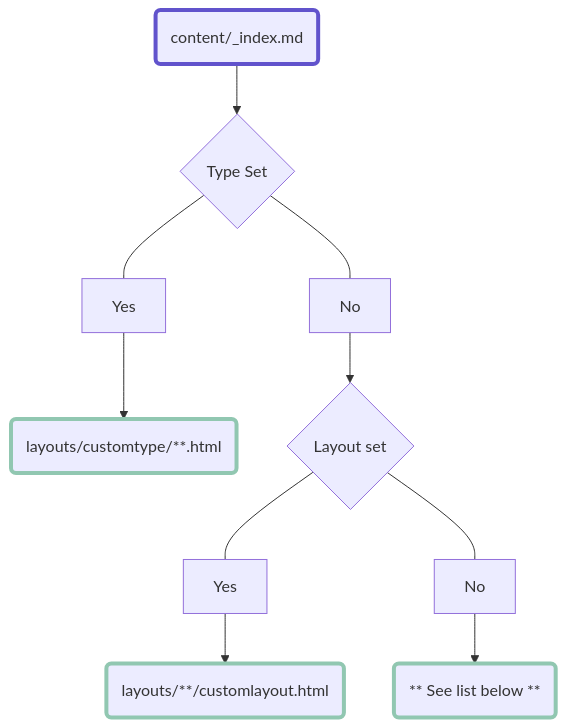
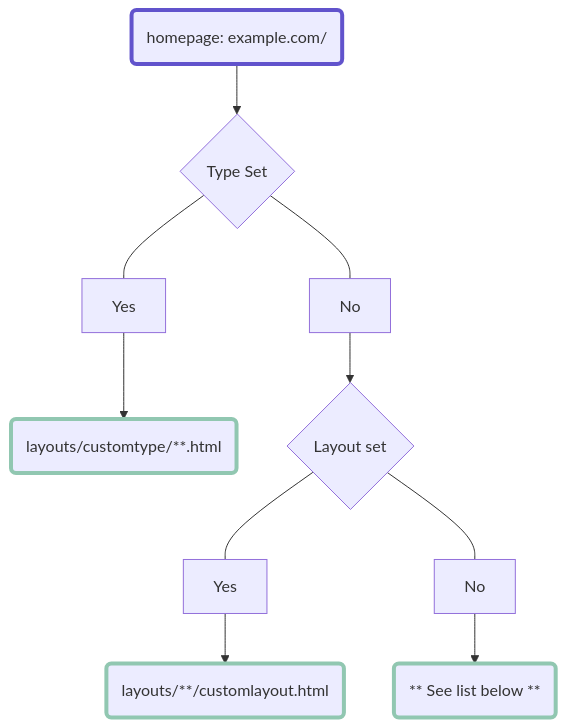
One commit to pointyfar/hugo-content-naming-layouts changed the diagram in content/_index.md. Above: the diagram before and after it, drawn with Mermaid. The commit also changed other lines of this file, not shown here.

```diff
--- a/content/_index.md
+++ b/content/_index.md
@@ -24,26 +29,26 @@
 {{<mermaid>}}
 graph TD
-    A("content/_index.md") --> B
+    A("homepage: example.com/") --> B
     
     B{Type Set}
     B --- By[Yes]
           By --> ctype("layouts/customtype/**.html")
     
 
     B --- Bn[No]
           Bn --> C{"Layout set"}
 
     C --- Cy[Yes]
           Cy --> pcl("layouts/**/customlayout.html")
 
 
     C --- Cn[No]
           Cn --> Default("** See list below **")
     
 
     classDef thick stroke-width:4px, stroke:#91C7B1;
     class Default,pcl,dcl,ctype,Both thick;
 
     style A stroke-width:4px, stroke:#6153CC;
 
 {{</mermaid>}}
```
